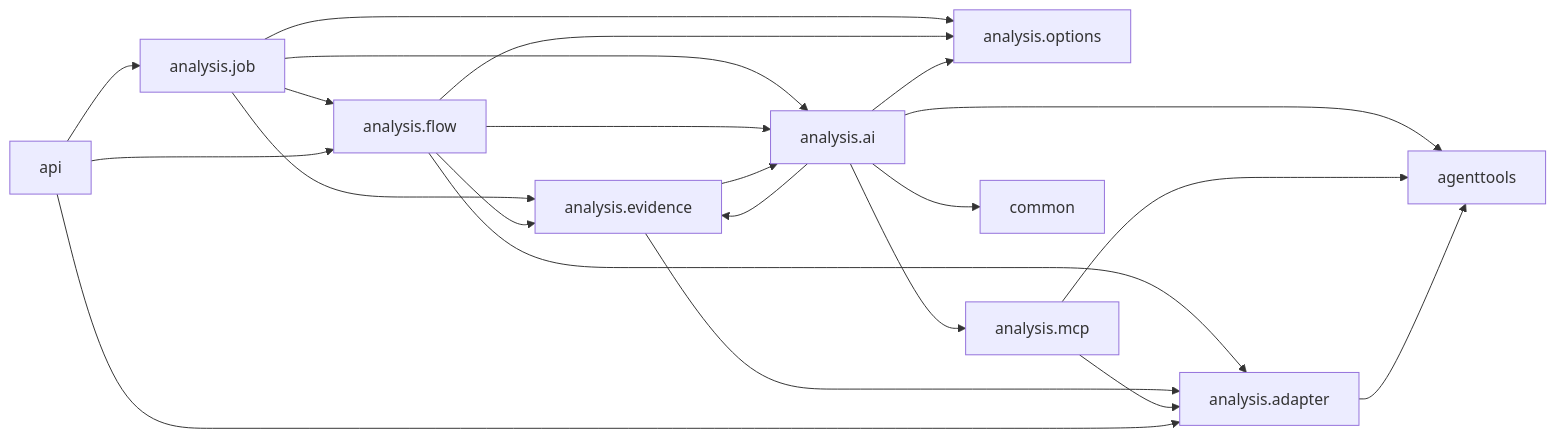
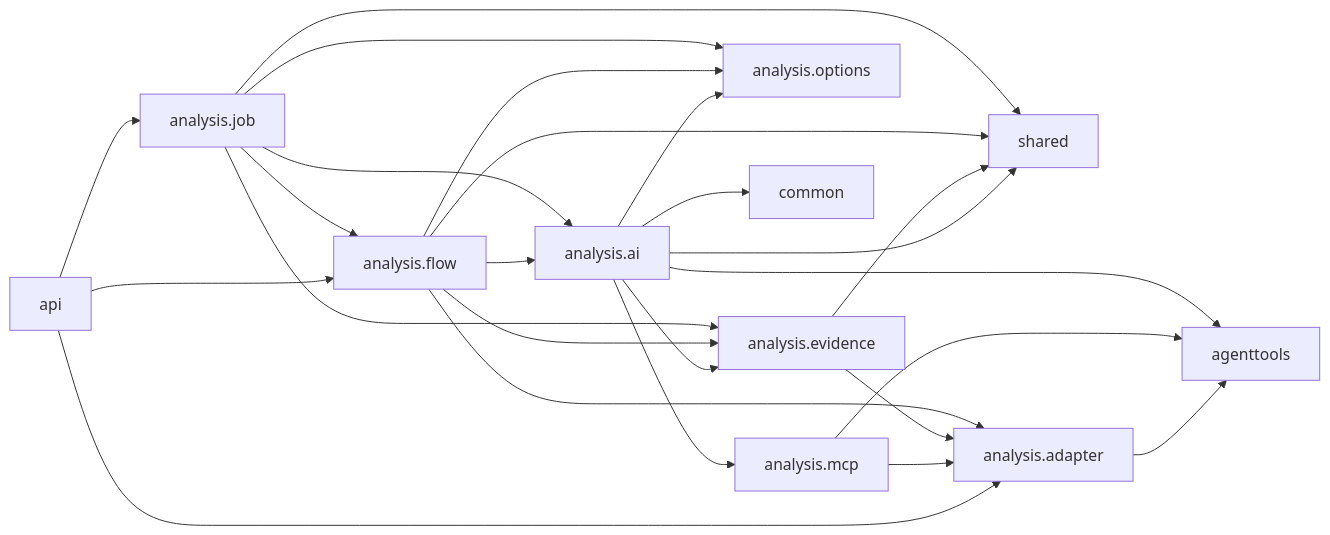
The second of 2 diagrams in docs/architecture/05-package-dependencies.md (herald-assistant/incident-tracker), drawn with Mermaid before and after one commit. The commit also changed other lines of this file and 72 other files, not shown here.

Commit message:
Move generic evidence model to shared

````diff
--- a/docs/architecture/05-package-dependencies.md
+++ b/docs/architecture/05-package-dependencies.md
@@ -125,30 +125,33 @@
 ```mermaid
 flowchart LR
     JOB["analysis.job"] --> FLOW["analysis.flow"]
     JOB --> AI["analysis.ai"]
     JOB --> EVIDENCE["analysis.evidence"]
     JOB --> OPTIONS["analysis.options"]
+    JOB --> SHARED["shared"]
 
     FLOW --> EVIDENCE
     FLOW --> AI
     FLOW --> OPTIONS
     FLOW --> ADAPTER["analysis.adapter"]
+    FLOW --> SHARED
 
     EVIDENCE --> ADAPTER
-    EVIDENCE --> AI
+    EVIDENCE --> SHARED
 
     AI --> MCP["analysis.mcp"]
     AI --> AGENTTOOLS["agenttools"]
     AI --> EVIDENCE
     AI --> OPTIONS
     AI --> COMMON["common"]
+    AI --> SHARED
 
     MCP --> ADAPTER
     MCP --> AGENTTOOLS
 
     ADAPTER --> AGENTTOOLS
 
     API["api"] --> ADAPTER
     API --> FLOW
     API --> JOB
 ```
````
